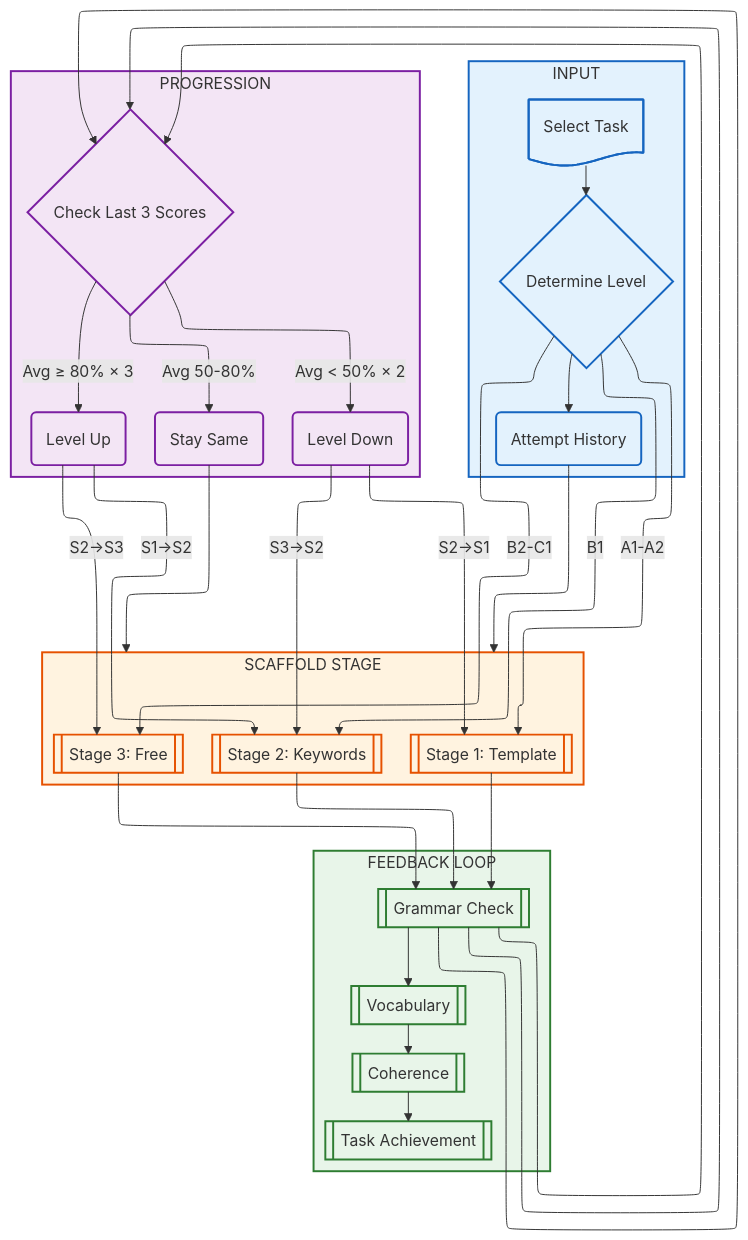
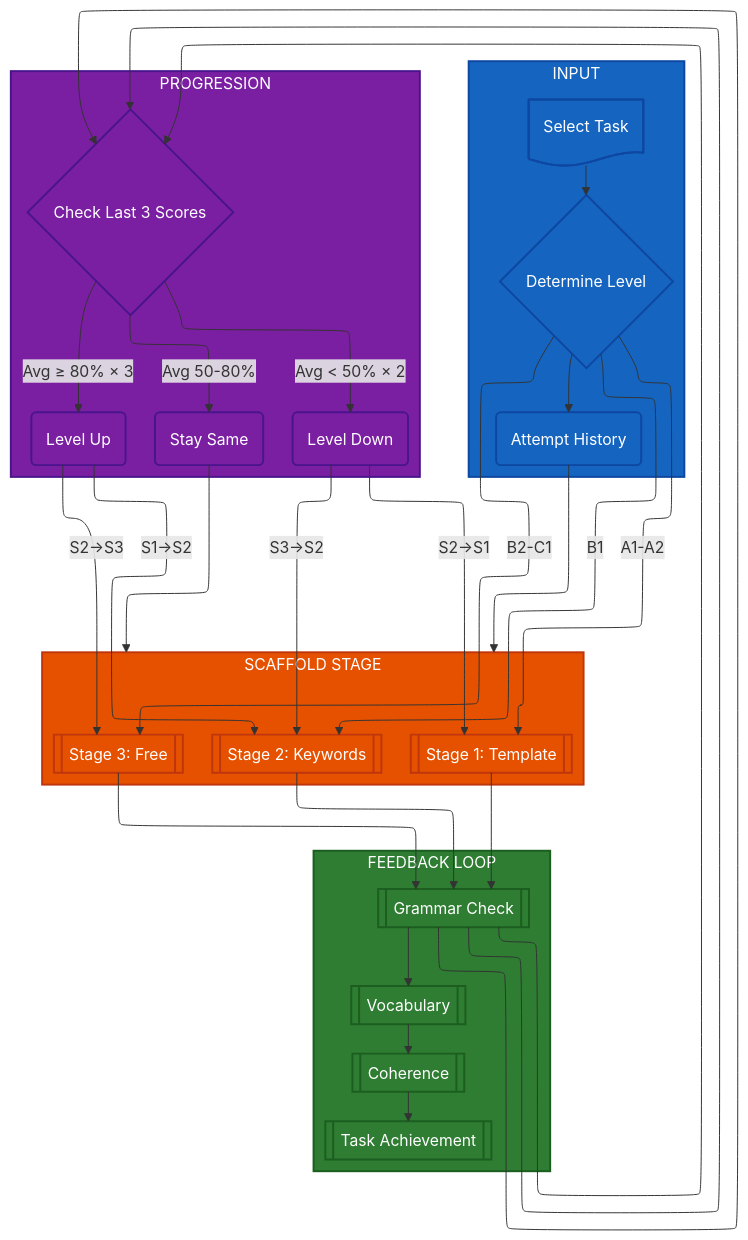
The tenth of 12 diagrams in docs/capstone/diagrams/flow-diagrams.vi.md (nghyane/VSTEP), drawn with Mermaid before and after one commit. The commit also changed other lines of this file, not shown here.

First line of the commit message:
fix(docs): update diagram colors for dark mode compatibility

````diff
--- a/docs/capstone/diagrams/flow-diagrams.vi.md
+++ b/docs/capstone/diagrams/flow-diagrams.vi.md
@@ -578,64 +578,64 @@
 ```mermaid
 ---
 config:
   layout: elk
 ---
 flowchart TB
     subgraph Input["INPUT"]
         Task@{ shape: doc, label: "Select Task" }
         Level@{ shape: diam, label: "Determine Level" }
         History@{ shape: rounded, label: "Attempt History" }
     end
 
     subgraph Stage["SCAFFOLD STAGE"]
         direction LR
         S1@{ shape: fr-rect, label: "Stage 1: Template" }
         S2@{ shape: fr-rect, label: "Stage 2: Keywords" }
         S3@{ shape: fr-rect, label: "Stage 3: Free" }
     end
 
     subgraph Feedback["FEEDBACK LOOP"]
         direction TB
         Grammar@{ shape: fr-rect, label: "Grammar Check" }
         Vocab@{ shape: fr-rect, label: "Vocabulary" }
         Cohesion@{ shape: fr-rect, label: "Coherence" }
         TaskResp@{ shape: fr-rect, label: "Task Achievement" }
     end
 
     subgraph Progression["PROGRESSION"]
         Check@{ shape: diam, label: "Check Last 3 Scores" }
         Up@{ shape: rounded, label: "Level Up" }
         Stay@{ shape: rounded, label: "Stay Same" }
         Down@{ shape: rounded, label: "Level Down" }
     end
 
     Task --> Level --> History --> Stage
     Level -->|"A1-A2"| S1
     Level -->|"B1"| S2
     Level -->|"B2-C1"| S3
     
     S1 --> Grammar --> Check
     S2 --> Grammar --> Check
     S3 --> Grammar --> Check
     Grammar --> Vocab --> Cohesion --> TaskResp
     
     Check -->|"Avg ≥ 80% × 3"| Up
     Check -->|"Avg 50-80%"| Stay
     Check -->|"Avg < 50% × 2"| Down
     
     Up -->|"S1→S2"| S2
     Up -->|"S2→S3"| S3
     Stay --> Stage
     Down -->|"S2→S1"| S1
     Down -->|"S3→S2"| S2
 
-    classDef input fill:#e3f2fd,stroke:#1565c0,stroke-width:2px
-    classDef stage fill:#fff3e0,stroke:#e65100,stroke-width:2px
-    classDef feedback fill:#e8f5e9,stroke:#2e7d32,stroke-width:2px
-    classDef progress fill:#f3e5f5,stroke:#7b1fa2,stroke-width:2px
+    classDef input fill:#1565c0,stroke:#0d47a1,stroke-width:2px,color:#fff
+    classDef stage fill:#e65100,stroke:#bf360c,stroke-width:2px,color:#fff
+    classDef feedback fill:#2e7d32,stroke:#1b5e20,stroke-width:2px,color:#fff
+    classDef progress fill:#7b1fa2,stroke:#4a148c,stroke-width:2px,color:#fff
 
     class Input,Task,Level,History input
     class Stage,S1,S2,S3 stage
     class Feedback,Grammar,Vocab,Cohesion,TaskResp feedback
     class Progression,Check,Up,Stay,Down progress
 ```
````
